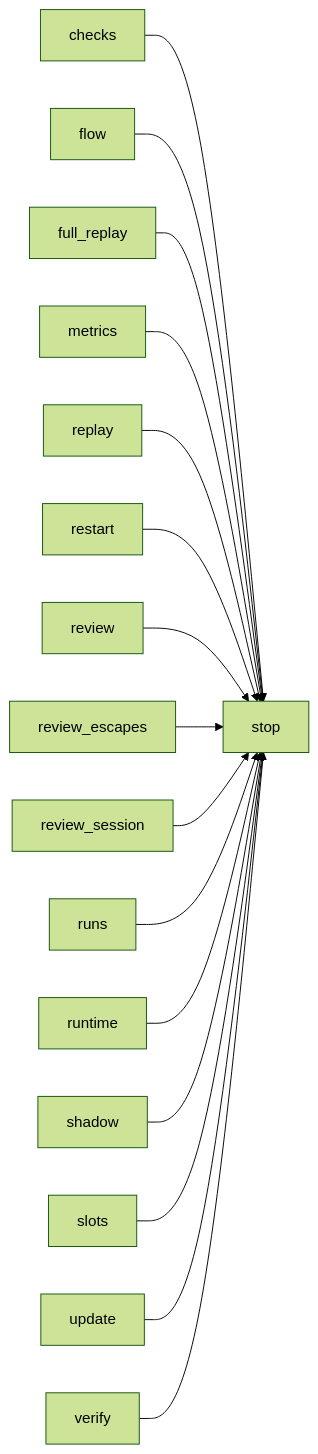
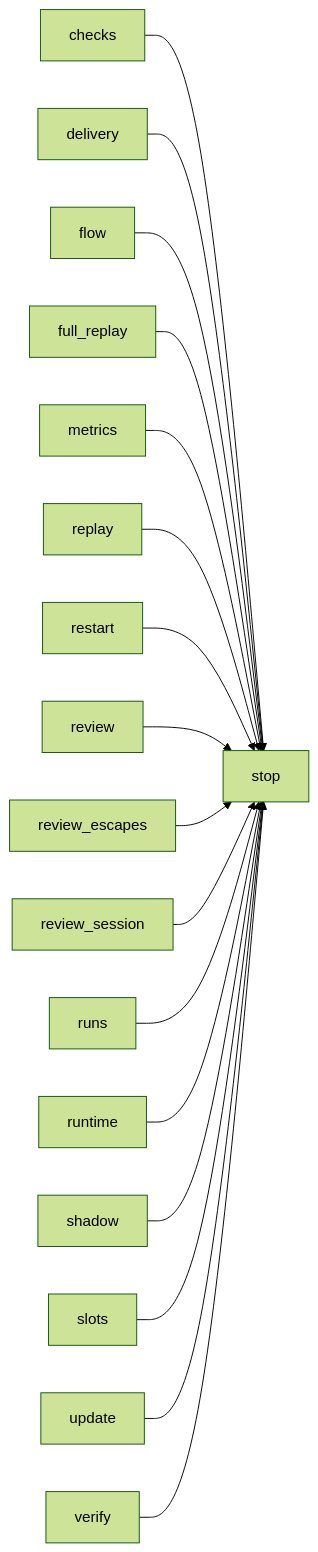
The second of 2 diagrams in docs/architecture/modules/stop.md (plaplanche/ariane), drawn with Mermaid (forest theme) before and after one commit. The commit also changed 15 other files, not shown here.

````diff
--- a/docs/architecture/modules/stop.md
+++ b/docs/architecture/modules/stop.md
@@ -52,18 +52,19 @@
 ```mermaid
 flowchart LR
   checks --> stop
+  delivery --> stop
   flow --> stop
   full_replay --> stop
   metrics --> stop
   replay --> stop
   restart --> stop
   review --> stop
   review_escapes --> stop
   review_session --> stop
   runs --> stop
   runtime --> stop
   shadow --> stop
   slots --> stop
   update --> stop
   verify --> stop
 ```
````
